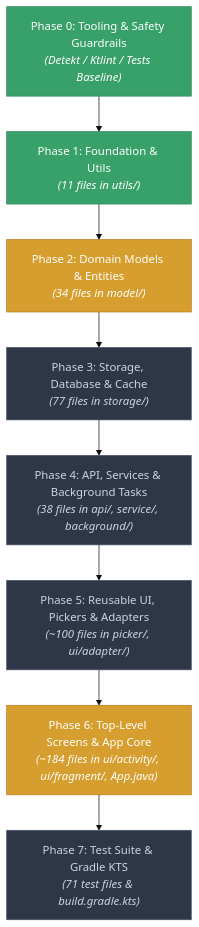
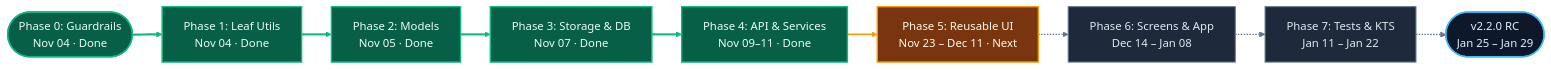
Before and after one commit to solomonrajan/cashledger: the second of 2 diagrams in KOTLIN_MIGRATION.mdx, drawn with Mermaid (base theme). The commit also changed other lines of this file and 84 other files, not shown here.

First line of the commit message:
[Kotlin Migration] Phase 4: Remote API, Background Jobs & Intent Services (#10)

````diff
--- a/KOTLIN_MIGRATION.mdx
+++ b/KOTLIN_MIGRATION.mdx
@@ -57,23 +129,24 @@
 ```mermaid
-flowchart TD
-    classDef pending fill:#2D3748,stroke:#4A5568,color:#CBD5E0
-    classDef inprog fill:#D69E2E,stroke:#B7791F,color:#FFFFFF
-    classDef complete fill:#38A169,stroke:#2F855A,color:#FFFFFF
+%%{init: {"flowchart": {"curve": "basis", "nodeSpacing": 28, "rankSpacing": 42}}}%%
+flowchart LR
+    classDef done fill:#065F46,stroke:#10B981,stroke-width:2px,color:#ECFDF5
+    classDef next fill:#78350F,stroke:#F59E0B,stroke-width:2px,color:#FFFBEB
+    classDef future fill:#1E293B,stroke:#64748B,stroke-width:1.5px,color:#E2E8F0
+    classDef target fill:#0F172A,stroke:#38BDF8,stroke-width:2px,color:#E0F2FE
 
-    P0["Phase 0: Tooling & Safety Guardrails<br/><i>(Detekt / Ktlint / Tests Baseline)</i>"]:::complete
-    P1["Phase 1: Foundation & Utils<br/><i>(11 files in utils/)</i>"]:::complete
-    P2["Phase 2: Domain Models & Entities<br/><i>(34 files in model/)</i>"]:::inprog
-    P3["Phase 3: Storage, Database & Cache<br/><i>(77 files in storage/)</i>"]:::pending
-    P4["Phase 4: API, Services & Background Tasks<br/><i>(38 files in api/, service/, background/)</i>"]:::pending
-    P5["Phase 5: Reusable UI, Pickers & Adapters<br/><i>(~100 files in picker/, ui/adapter/)</i>"]:::pending
-    P6["Phase 6: Top-Level Screens & App Core<br/><i>(~184 files in ui/activity/, ui/fragment/, App.java)</i>"]:::inprog
-    P7["Phase 7: Test Suite & Gradle KTS<br/><i>(71 test files & build.gradle.kts)</i>"]:::pending
+    P0(["Phase 0: Guardrails<br/>Nov 04 · Done"]):::done
+    P1["Phase 1: Leaf Utils<br/>Nov 04 · Done"]:::done
+    P2["Phase 2: Models<br/>Nov 05 · Done"]:::done
+    P3["Phase 3: Storage & DB<br/>Nov 07 · Done"]:::done
+    P4["Phase 4: API & Services<br/>Nov 09–11 · Done"]:::done
+    P5["Phase 5: Reusable UI<br/>Nov 23 – Dec 11 · Next"]:::next
+    P6["Phase 6: Screens & App<br/>Dec 14 – Jan 08"]:::future
+    P7["Phase 7: Tests & KTS<br/>Jan 11 – Jan 22"]:::future
+    REL(["v2.2.0 RC<br/>Jan 25 – Jan 29"]):::target
 
-    P0 --> P1
-    P1 --> P2
-    P2 --> P3
-    P3 --> P4
-    P4 --> P5
-    P5 --> P6
-    P6 --> P7
+    P0 ==> P1 ==> P2 ==> P3 ==> P4 --> P5 -.-> P6 -.-> P7 -.-> REL
+
+    linkStyle 0,1,2,3 stroke:#10B981,stroke-width:3px
+    linkStyle 4 stroke:#F59E0B,stroke-width:2.5px
+    linkStyle 5,6,7 stroke:#64748B,stroke-width:2px
 ```
````
